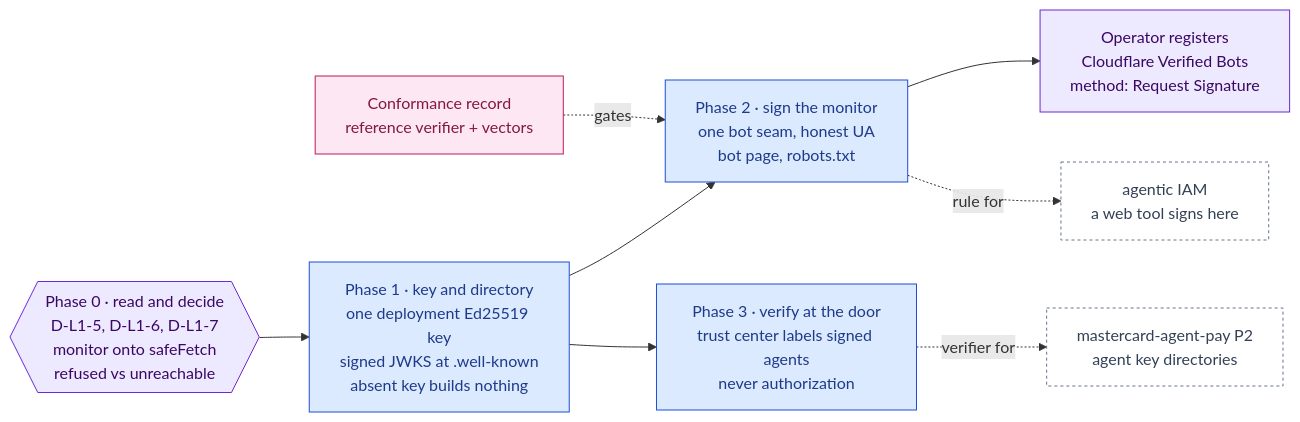
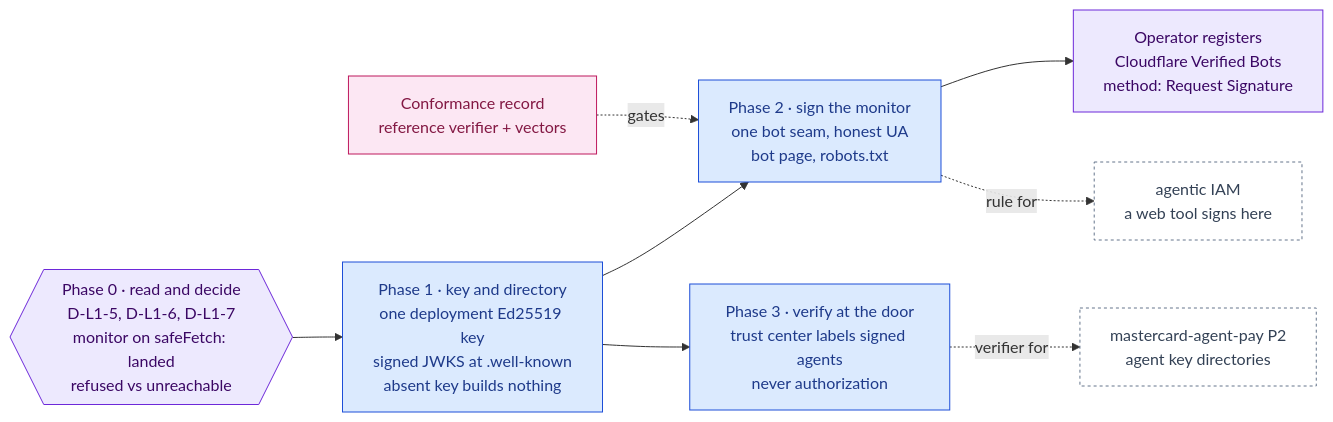
The diagram in docs/ai-architecture/web-bot-auth.md (RodnaPamet/inflect-compliance), drawn with Mermaid before and after one commit. The commit also changed other lines of this file and 7 other files, not shown here.

````diff
--- a/docs/ai-architecture/web-bot-auth.md
+++ b/docs/ai-architecture/web-bot-auth.md
@@ -30,23 +30,23 @@
 ```mermaid
 flowchart LR
-  P0{{"Phase 0 · read and decide<br/>D-L1-5, D-L1-6, D-L1-7<br/>monitor onto safeFetch<br/>refused vs unreachable"}}:::gate
+  P0{{"Phase 0 · read and decide<br/>D-L1-5, D-L1-6, D-L1-7<br/>monitor on safeFetch: landed<br/>refused vs unreachable"}}:::gate
   P1["Phase 1 · key and directory<br/>one deployment Ed25519 key<br/>signed JWKS at .well-known<br/>absent key builds nothing"]:::todo
   P2["Phase 2 · sign the monitor<br/>one bot seam, honest UA<br/>bot page, robots.txt"]:::todo
   REG["Operator registers<br/>Cloudflare Verified Bots<br/>method: Request Signature"]:::gate
   P3["Phase 3 · verify at the door<br/>trust center labels signed agents<br/>never authorization"]:::todo
   REC["Conformance record<br/>reference verifier + vectors"]:::eval
   IAM["agentic IAM<br/>a web tool signs here"]:::ext
   AP["mastercard-agent-pay P2<br/>agent key directories"]:::ext
   P0 --> P1 --> P2 --> REG
   P1 --> P3
   REC -.->|gates| P2
   P2 -.->|rule for| IAM
   P3 -.->|verifier for| AP
 
   classDef done fill:#d1fae5,stroke:#047857,color:#064e3b
   classDef todo fill:#dbeafe,stroke:#1d4ed8,color:#1e3a8a
   classDef gate fill:#ede9fe,stroke:#6d28d9,color:#3b0764
   classDef ext fill:#ffffff,stroke:#64748b,color:#334155,stroke-dasharray:3 3
   classDef eval fill:#fce7f3,stroke:#be185d,color:#831843
   classDef declined fill:#f3f4f6,stroke:#6b7280,color:#374151,stroke-dasharray:4 3
 ```
````
